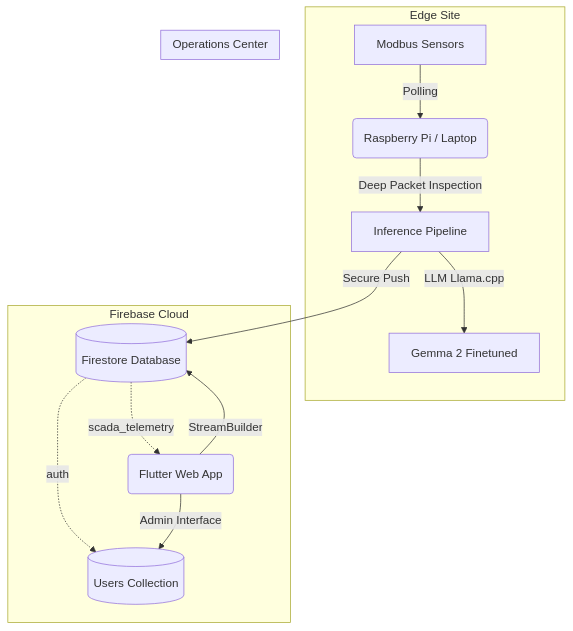
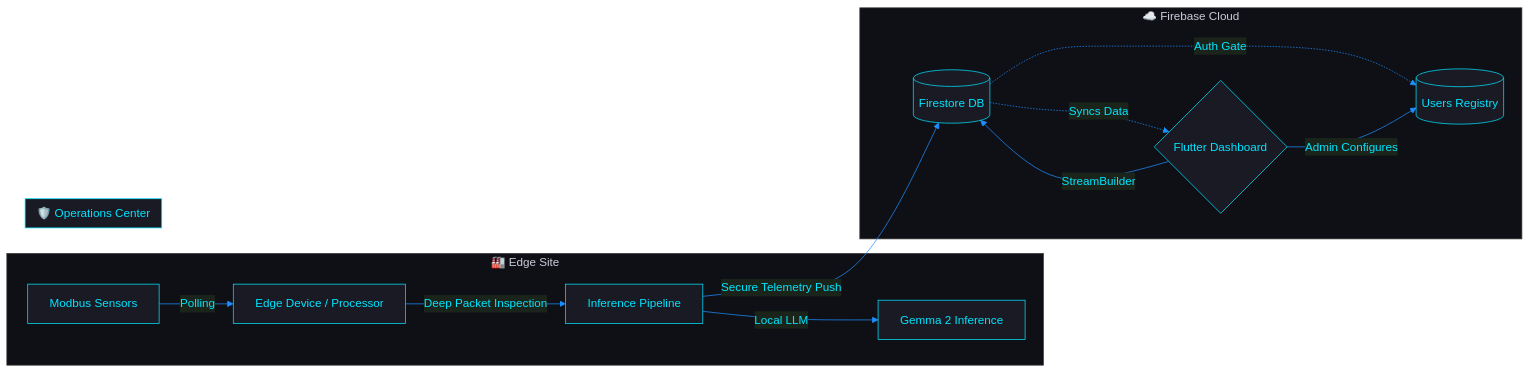
The diagram in README.md (DarshanSamuel/Sentinel-Edge), drawn with Mermaid before and after one commit.

Commit message:
Updated Mermaid architecture block diagram logic and styling

````diff
--- a/README.md
+++ b/README.md
@@ -7,19 +7,20 @@
 ```mermaid
-graph TD
-    subgraph Edge Site
-    Hardware[Modbus Sensors] -->|Polling| EdgeNode(Raspberry Pi / Laptop)
+%%{init: {'theme': 'base', 'themeVariables': { 'primaryColor': '#1A1A24', 'primaryTextColor': '#00E5FF', 'primaryBorderColor': '#00E5FF', 'lineColor': '#1E90FF', 'clusterBkg': '#0F0F16', 'clusterBorder': '#333'}}}%%
+flowchart LR
+    subgraph "🏭 Edge Site"
+    Hardware[Modbus Sensors] -->|Polling| EdgeNode[Edge Device / Processor]
     EdgeNode --> |Deep Packet Inspection| Parser[Inference Pipeline]
-    Parser --> |LLM Llama.cpp| Gemma2[Gemma 2 Finetuned]
+    Parser --> |Local LLM| Gemma2[Gemma 2 Inference]
     end
 
-    subgraph Firebase Cloud
-    Parser -->|Secure Push| Firestore[(Firestore Database)]
-    Firestore -.->|scada_telemetry| DashWeb
-    Firestore -.->|auth| Users[(Users Collection)]
+    subgraph "☁️ Firebase Cloud"
+    Parser -->|Secure Telemetry Push| Firestore[(Firestore DB)]
+    Firestore -.->|Syncs Data| DashWeb
+    Firestore -.->|Auth Gate| Users[(Users Registry)]
     end
 
-    subgraph Operations Center
-    DashWeb(Flutter Web App) -->|StreamBuilder| Firestore
-    DashWeb -->|Admin Interface| Users
+    subgraph "🛡️ Operations Center"
+    DashWeb{Flutter Dashboard} -->|StreamBuilder| Firestore
+    DashWeb -->|Admin Configures| Users
     end
 ```
````
